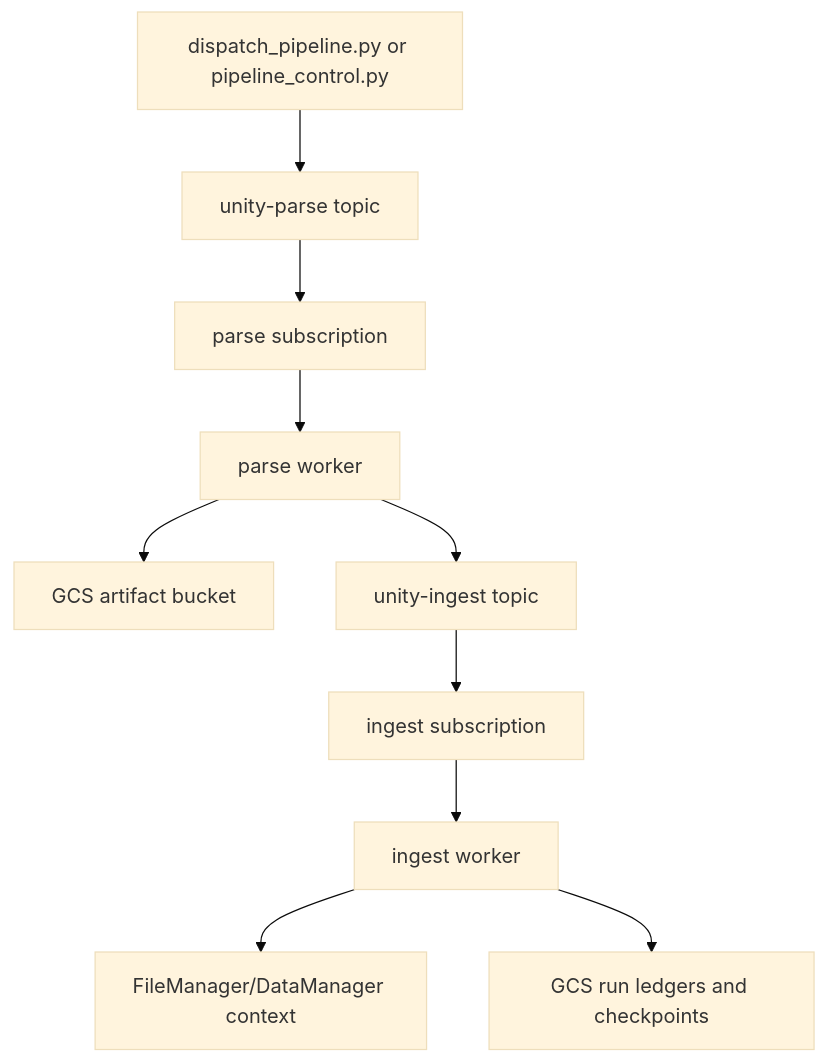
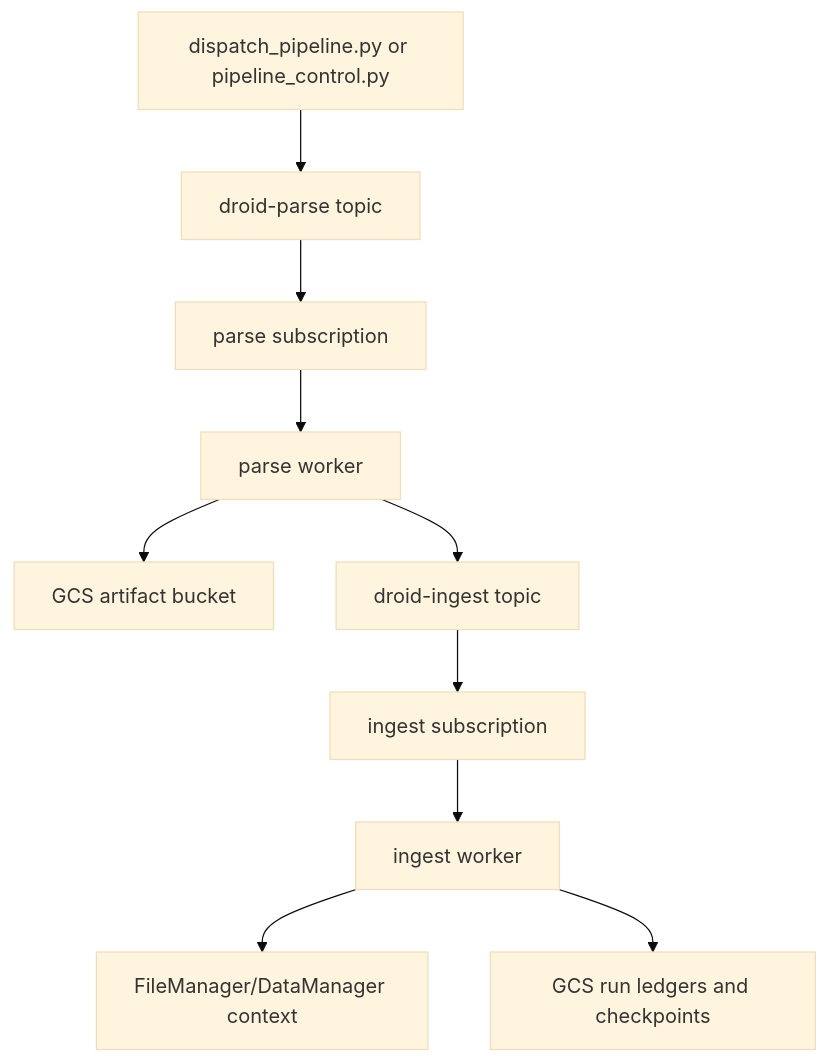
Before and after one commit to unifyai/unify-deploy: the diagram in deploy/guides/PIPELINE_OPERATIONS.md, drawn with Mermaid (base theme). The commit also changed other lines of this file and 369 other files, not shown here.

````diff
--- a/deploy/guides/PIPELINE_OPERATIONS.md
+++ b/deploy/guides/PIPELINE_OPERATIONS.md
@@ -41,12 +41,12 @@
 ```mermaid
 flowchart TB
-    dispatch["dispatch_pipeline.py or pipeline_control.py"] --> parseTopic["unity-parse topic"]
+    dispatch["dispatch_pipeline.py or pipeline_control.py"] --> parseTopic["droid-parse topic"]
     parseTopic --> parseSub["parse subscription"]
     parseSub --> parseWorker["parse worker"]
     parseWorker --> artifacts["GCS artifact bucket"]
-    parseWorker --> ingestTopic["unity-ingest topic"]
+    parseWorker --> ingestTopic["droid-ingest topic"]
     ingestTopic --> ingestSub["ingest subscription"]
     ingestSub --> ingestWorker["ingest worker"]
     ingestWorker --> dataManager["FileManager/DataManager context"]
     ingestWorker --> ledgers["GCS run ledgers and checkpoints"]
 ```
````
